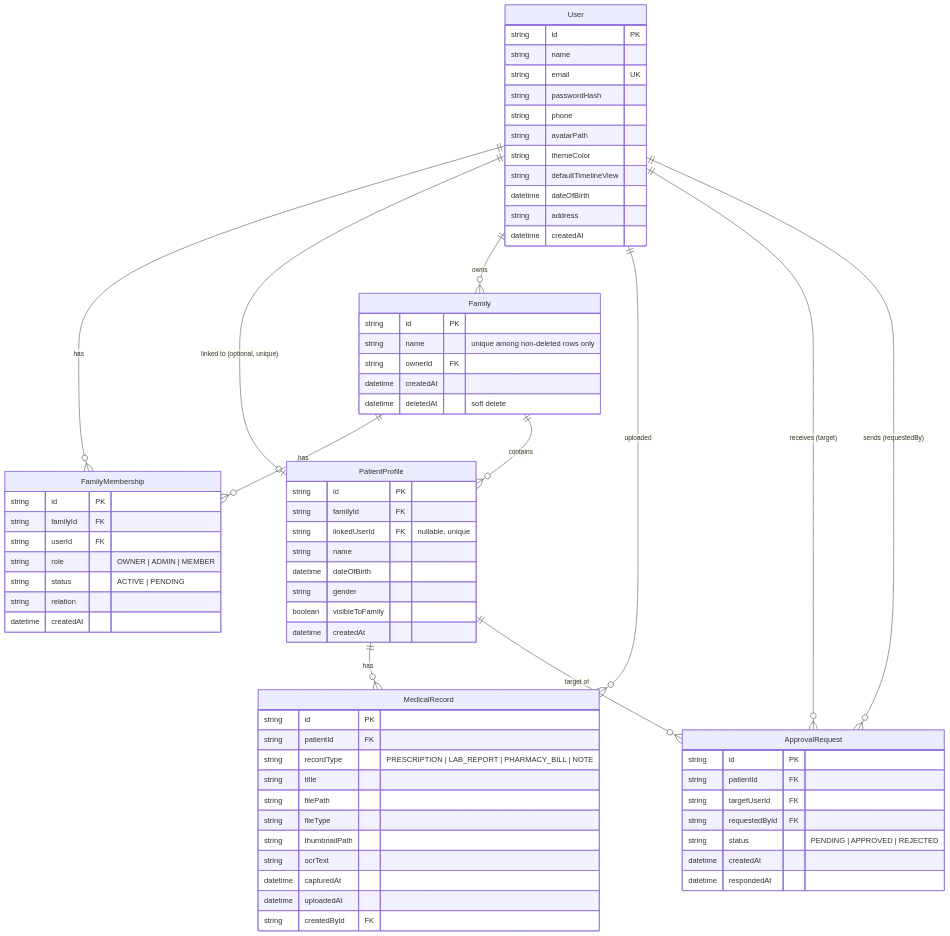
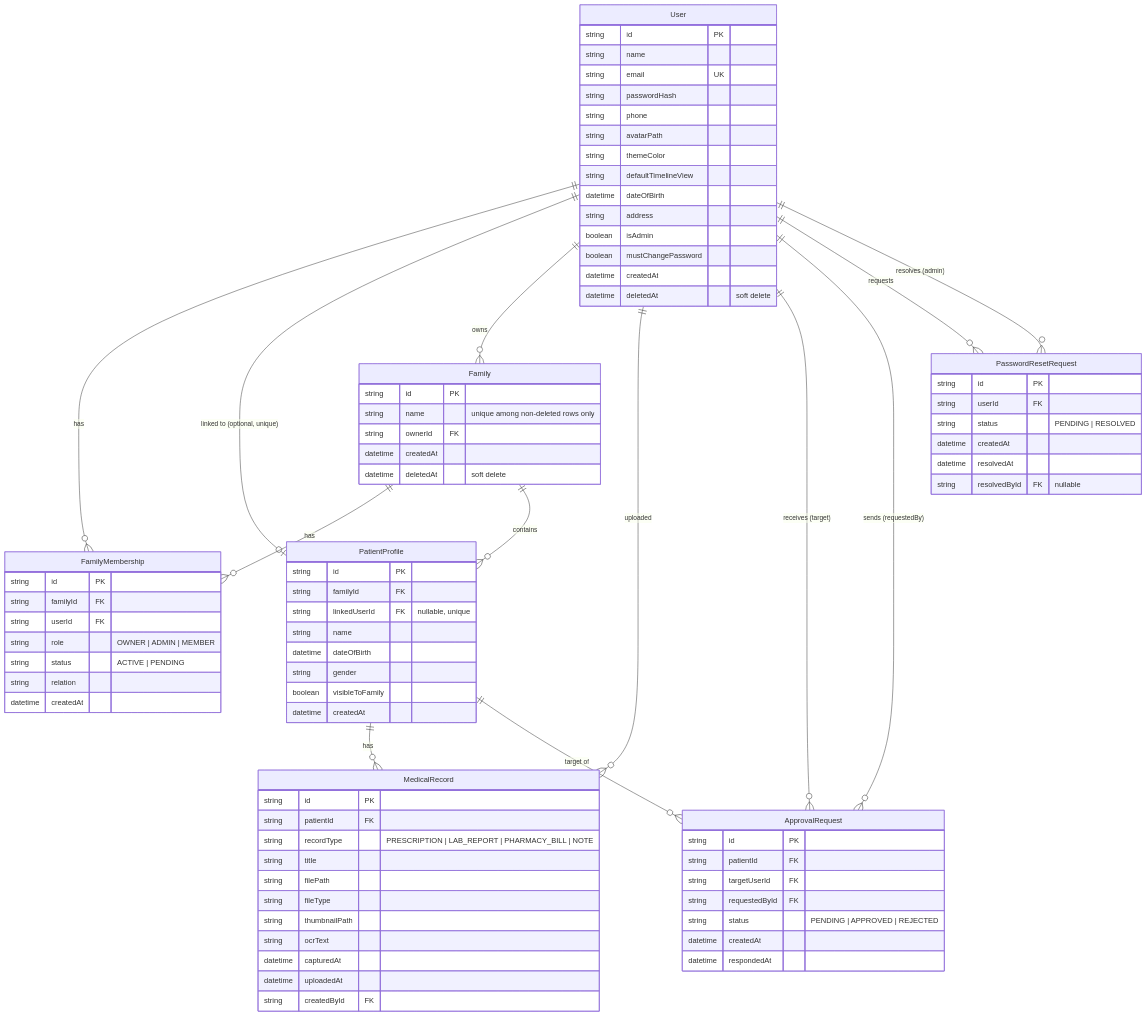
One commit to ashokkumarin/personal-health-record changed the diagram in docs/data-model.md. Above: the diagram before and after it, drawn with Mermaid. The commit also changed other lines of this file and 98 other files, not shown here.

First line of the commit message:
feat: add admin panel with user management, password reset, and audit log

```diff
--- a/docs/data-model.md
+++ b/docs/data-model.md
@@ -13,6 +13,8 @@
   User ||--o{ MedicalRecord : "uploaded"
   User ||--o{ ApprovalRequest : "receives (target)"
   User ||--o{ ApprovalRequest : "sends (requestedBy)"
+  User ||--o{ PasswordResetRequest : "requests"
+  User ||--o{ PasswordResetRequest : "resolves (admin)"
 
   Family ||--o{ FamilyMembership : "has"
   Family ||--o{ PatientProfile : "contains"
@@ -31,7 +33,19 @@
     string defaultTimelineView
     datetime dateOfBirth
     string address
+    boolean isAdmin
+    boolean mustChangePassword
     datetime createdAt
+    datetime deletedAt "soft delete"
+  }
+
+  PasswordResetRequest {
+    string id PK
+    string userId FK
+    string status "PENDING | RESOLVED"
+    datetime createdAt
+    datetime resolvedAt
+    string resolvedById FK "nullable"
   }
 
   Family {
```
